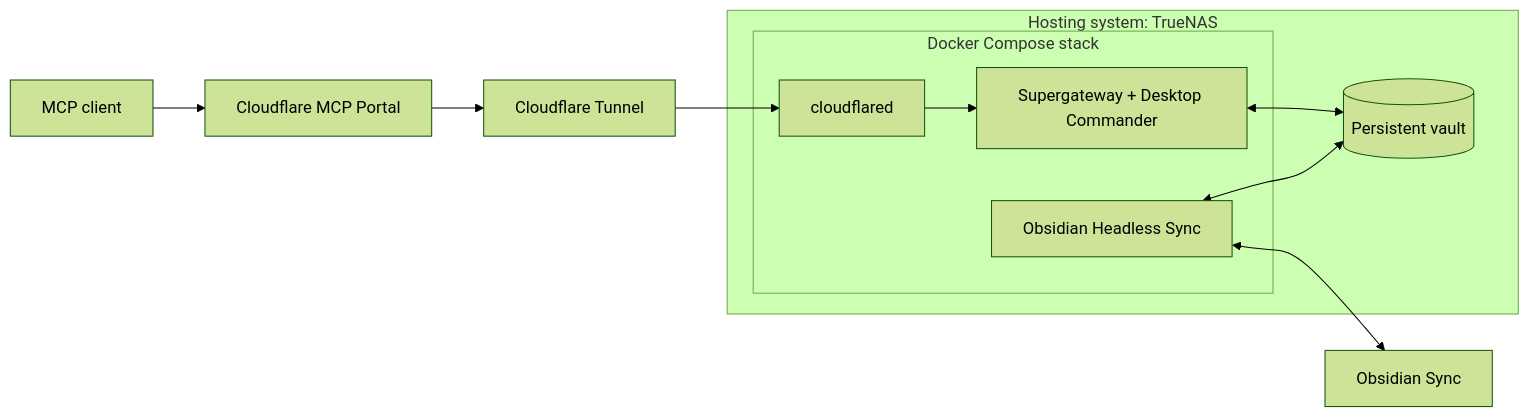
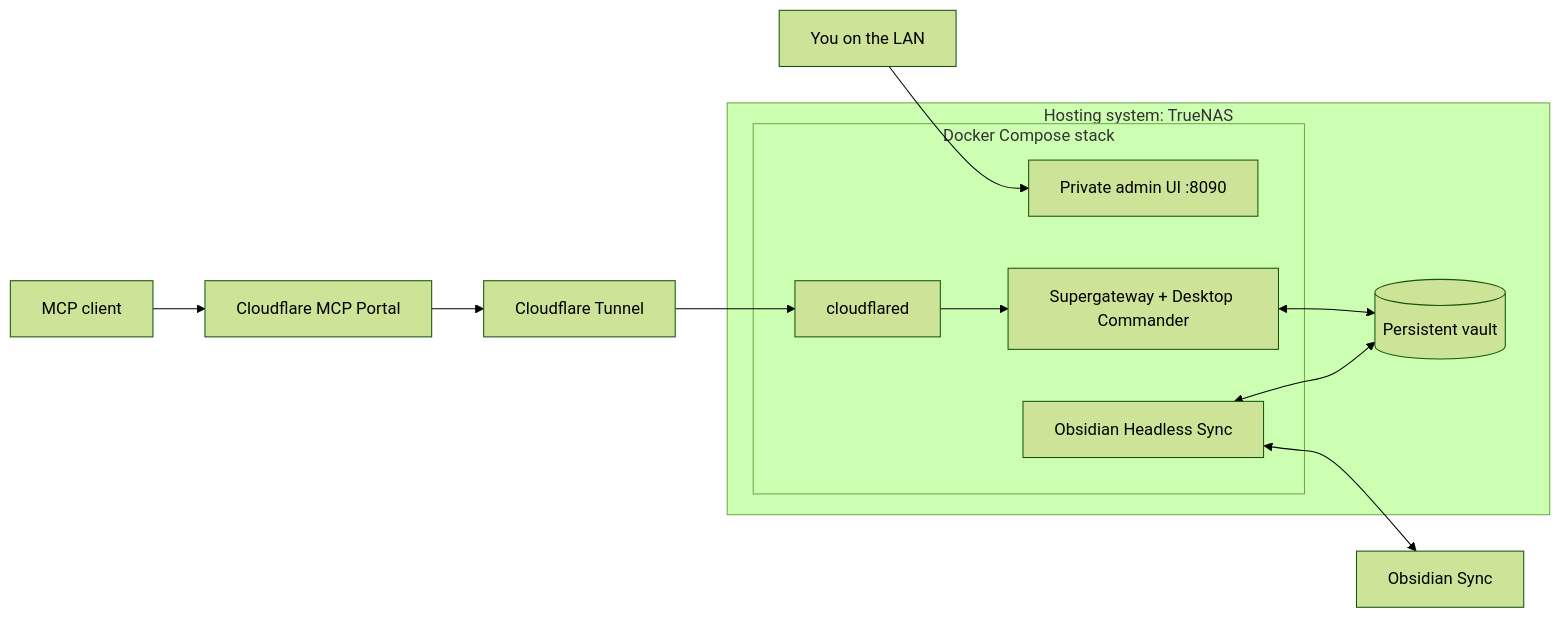
Before and after one commit to glitchassassin/obsidian-mcp: the diagram in README.md, drawn with Mermaid (forest theme). The commit also changed other lines of this file and 23 other files, not shown here.

Commit message:
Add private LAN admin setup and managed credential rotation

````diff
--- a/README.md
+++ b/README.md
@@ -17,18 +18,20 @@
 ```mermaid
 flowchart LR
     Client[MCP client] --> Portal[Cloudflare MCP Portal]
     Portal --> Edge[Cloudflare Tunnel]
     subgraph Host["Hosting system: TrueNAS"]
         subgraph Stack["Docker Compose stack"]
+            Admin["Private admin UI :8090"]
             Tunnel[cloudflared]
             MCP["Supergateway + Desktop Commander"]
             Sync[Obsidian Headless Sync]
         end
         Vault[(Persistent vault)]
         Tunnel --> MCP
         MCP <--> Vault
         Sync <--> Vault
     end
+    Operator["You on the LAN"] --> Admin
     Edge --> Tunnel
     Sync <--> Remote[Obsidian Sync]
 ```
````
